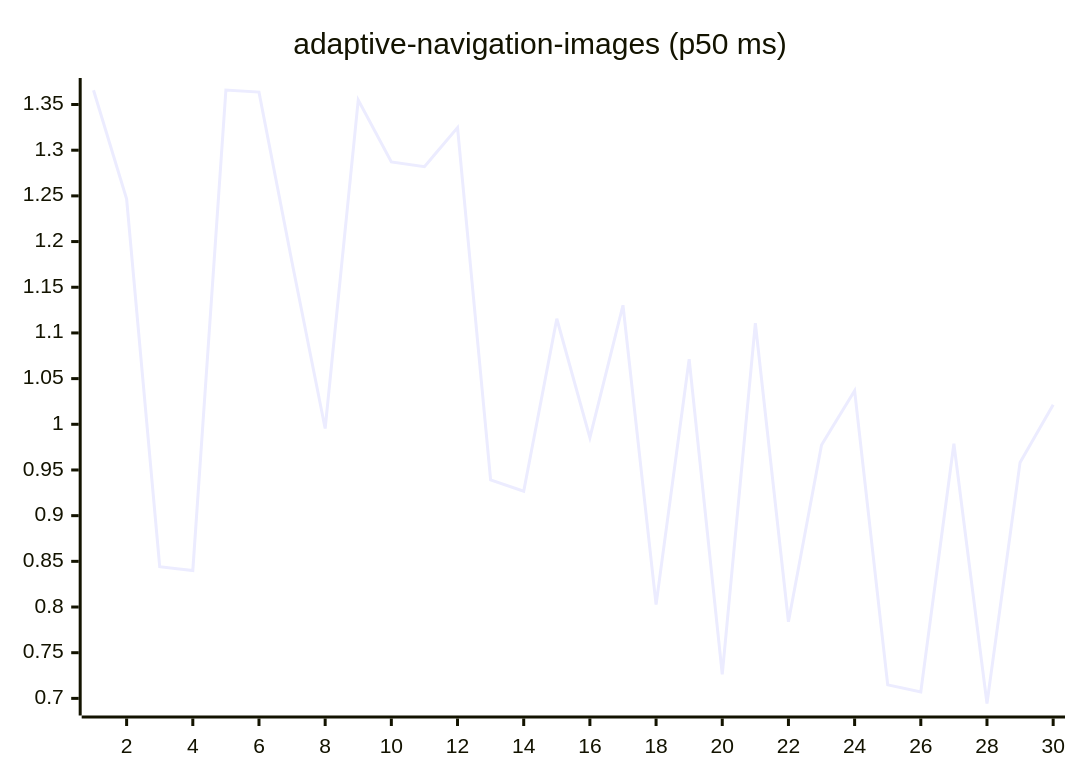
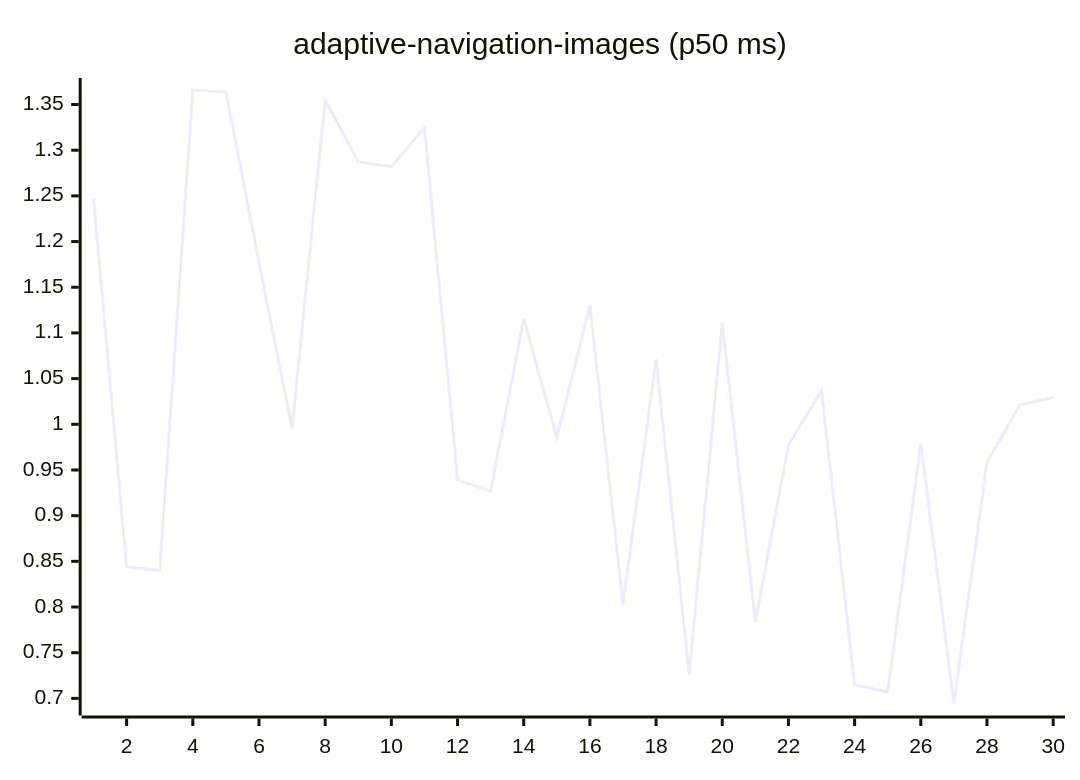
One commit to josha/Facet changed the first of 27 diagrams in README.md. Above: the diagram before and after it, drawn with Mermaid. The commit also changed other lines of this file and 2 other files, not shown here.

````diff
--- a/README.md
+++ b/README.md
@@ -63,6 +63,6 @@
 ```mermaid
 xychart-beta
     title "adaptive-navigation-images (p50 ms)"
     x-axis 1 --> 30
-    line [1.3656, 1.2466, 0.8441, 0.8400, 1.3659, 1.3636, 1.1770, 0.9954, 1.3550, 1.2872, 1.2820, 1.3247, 0.9391, 0.9267, 1.1155, 0.9853, 1.1303, 0.8026, 1.0713, 0.7263, 1.1106, 0.7839, 0.9774, 1.0368, 0.7148, 0.7071, 0.9787, 0.6944, 0.9583, 1.0213]
+    line [1.2466, 0.8441, 0.8400, 1.3659, 1.3636, 1.1770, 0.9954, 1.3550, 1.2872, 1.2820, 1.3247, 0.9391, 0.9267, 1.1155, 0.9853, 1.1303, 0.8026, 1.0713, 0.7263, 1.1106, 0.7839, 0.9774, 1.0368, 0.7148, 0.7071, 0.9787, 0.6944, 0.9583, 1.0213, 1.0293]
 ```
````
